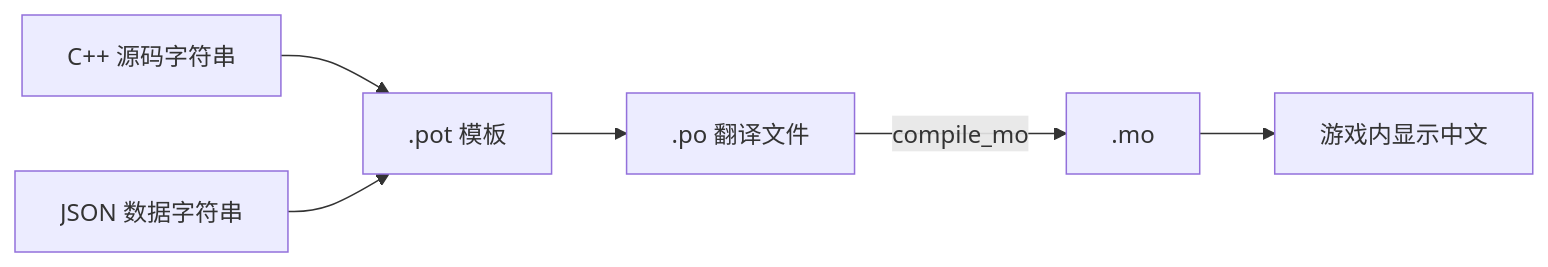
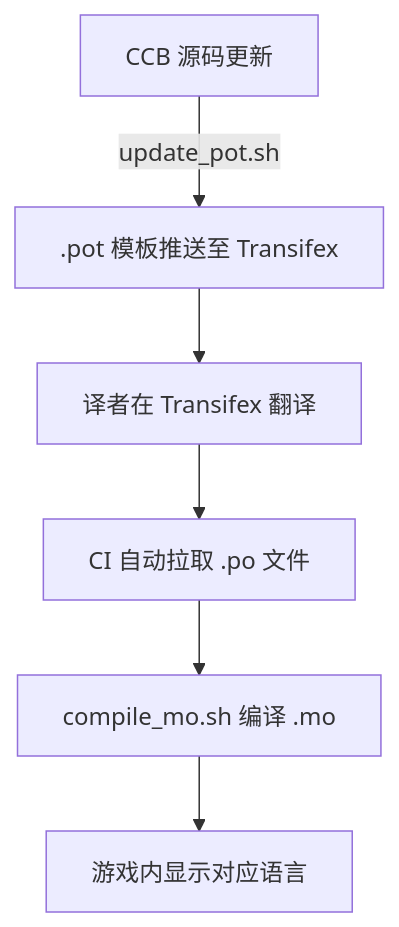
The diagram in docs/contribute/translation.md (LYHGLYTX/LYHGLYTX.github.io), drawn with Mermaid before and after one commit. The commit also changed other lines of this file, not shown here.

Commit message:
docs: 重写翻译贡献页，加入 Transifex 普通用户贡献流程

````diff
--- a/docs/contribute/translation.md
+++ b/docs/contribute/translation.md
@@ -29,8 +60,8 @@
 ```mermaid
-flowchart LR
-    A[C++ 源码字符串] --> C[.pot 模板]
-    B[JSON 数据字符串] --> C
-    C --> D[.po 翻译文件]
-    D -->|compile_mo| E[.mo]
-    E --> F[游戏内显示中文]
+flowchart TD
+    A[CCB 源码更新] -->|update_pot.sh| B[.pot 模板推送至 Transifex]
+    B --> C[译者在 Transifex 翻译]
+    C --> D[CI 自动拉取 .po 文件]
+    D --> E[compile_mo.sh 编译 .mo]
+    E --> F[游戏内显示对应语言]
 ```
````
